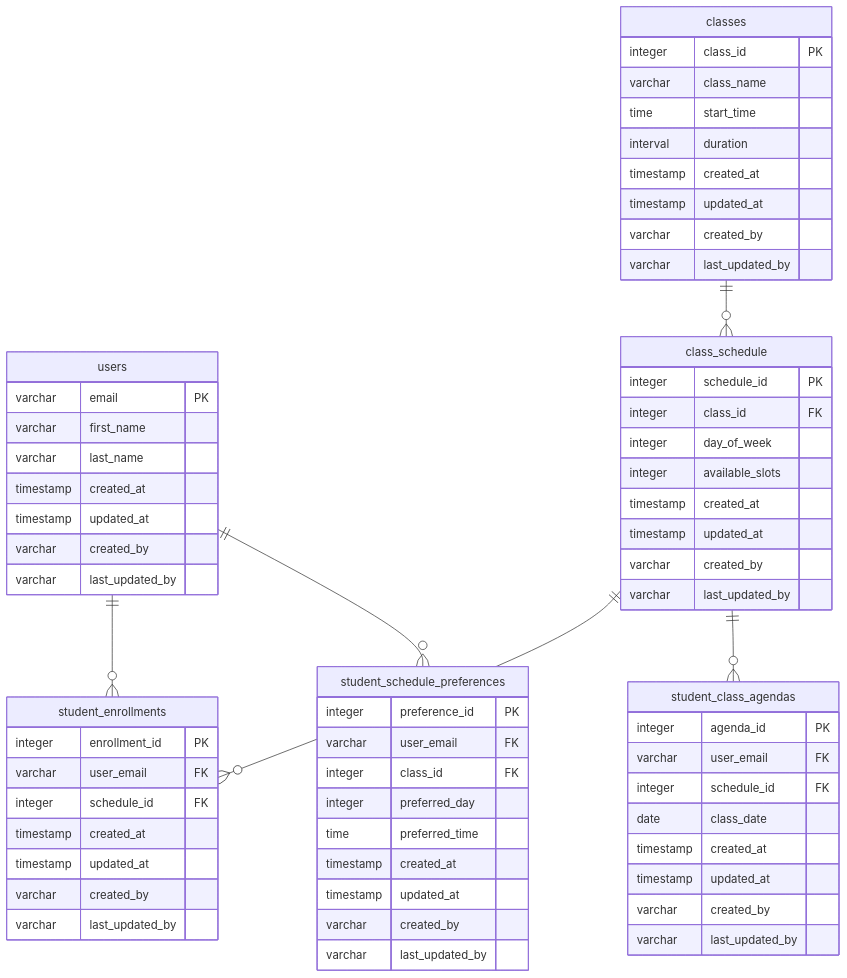
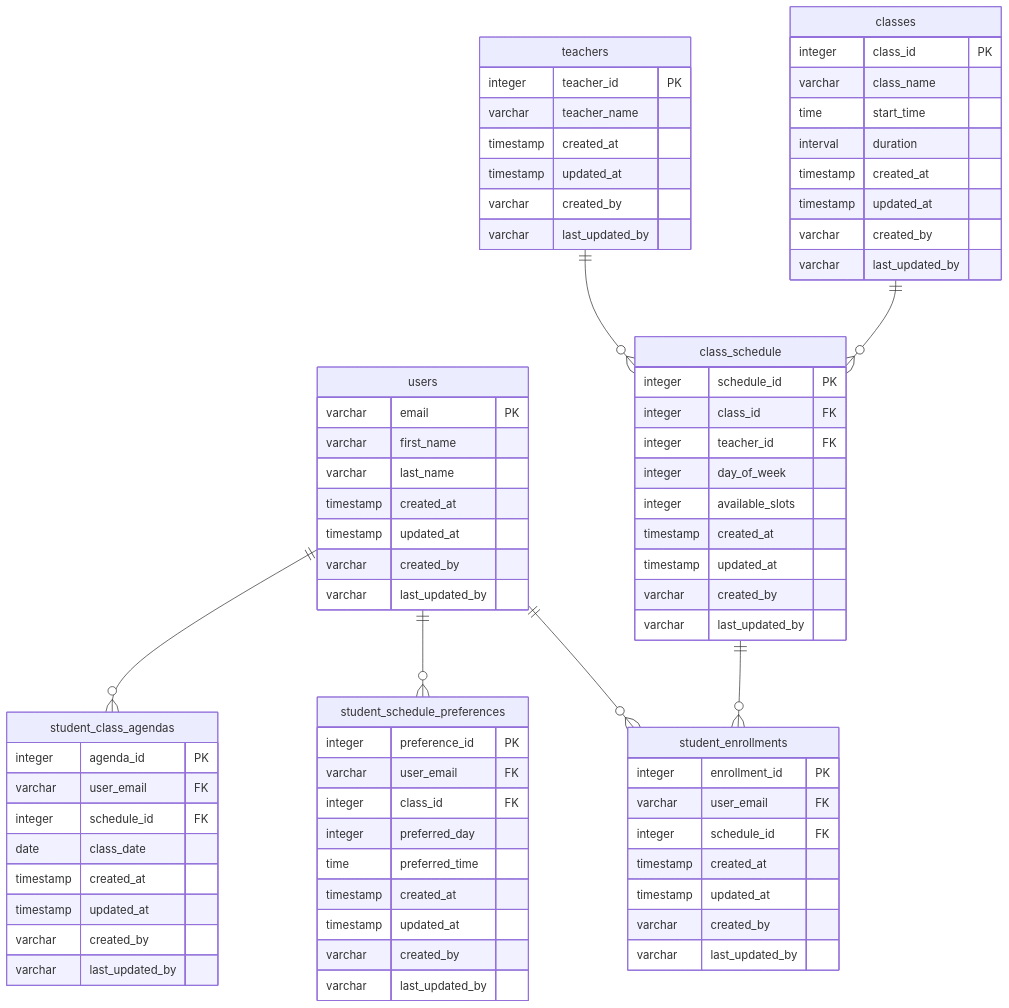
One commit to dhdtech/padraoandretorres changed the diagram in data_model.md. Above: the diagram before and after it, drawn with Mermaid.

````diff
--- a/data_model.md
+++ b/data_model.md
@@ -2,9 +2,10 @@
 erDiagram
     users ||--o{ student_enrollments : ""
     users ||--o{ student_schedule_preferences : ""
+    users ||--o{ student_class_agendas : ""
     classes ||--o{ class_schedule : ""
+    teachers ||--o{ class_schedule : ""
     class_schedule ||--o{ student_enrollments : ""
-    class_schedule ||--o{ student_class_agendas : ""
 
     users {
         varchar email PK
@@ -27,9 +28,19 @@
         varchar last_updated_by
     }
 
+    teachers {
+        integer teacher_id PK
+        varchar teacher_name
+        timestamp created_at
+        timestamp updated_at
+        varchar created_by
+        varchar last_updated_by
+    }
+
     class_schedule {
         integer schedule_id PK
         integer class_id FK
+        integer teacher_id FK
         integer day_of_week
         integer available_slots
         timestamp created_at
@@ -70,5 +81,4 @@
         varchar created_by
         varchar last_updated_by
     }
-
 ```
````
